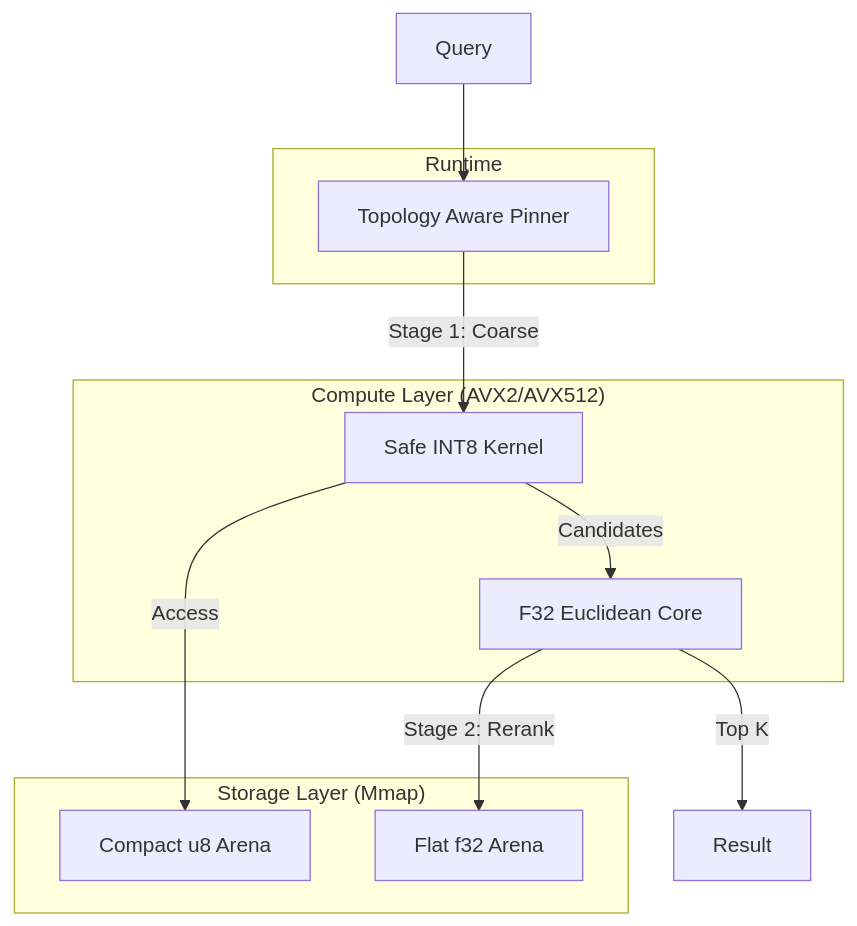
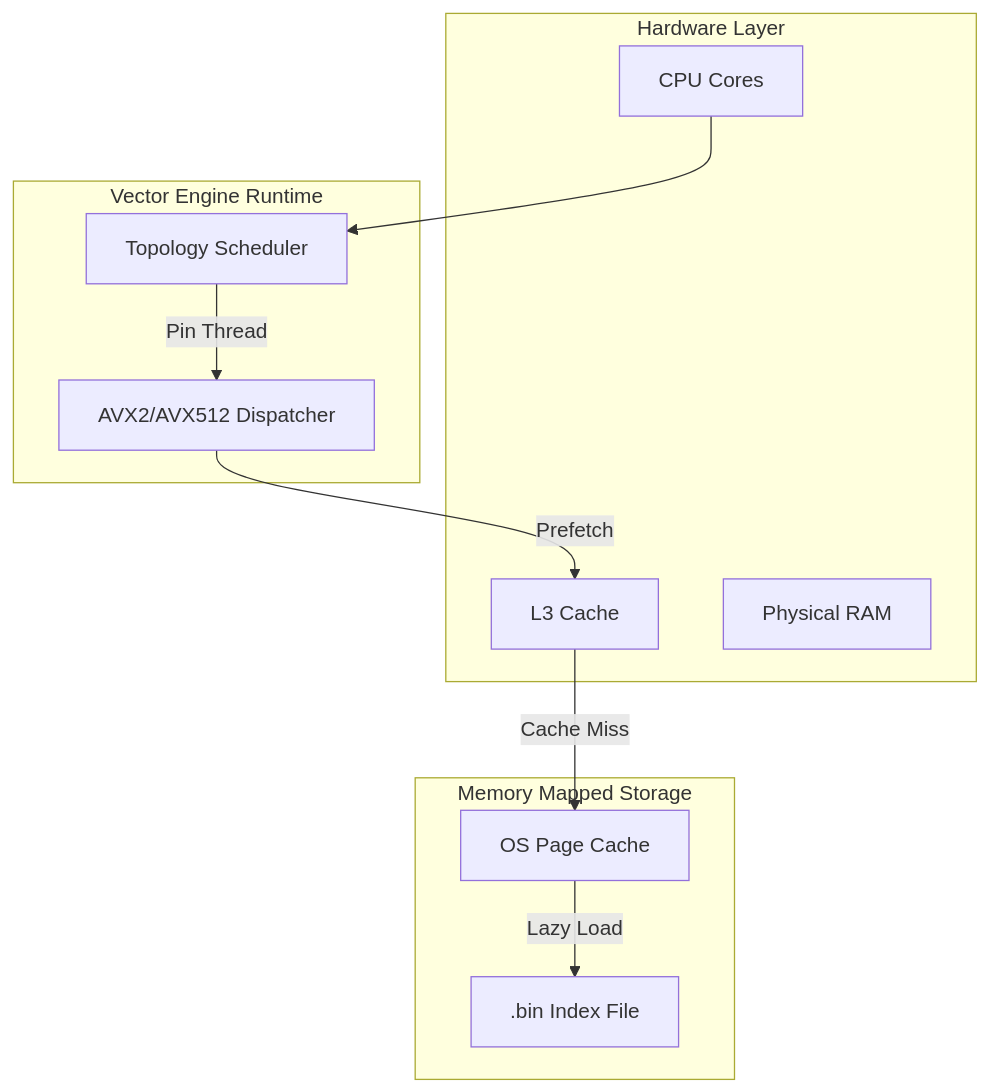
One commit to McMonds/vector-engine changed the diagram in README.md. Above: the diagram before and after it, drawn with Mermaid. The commit also changed other lines of this file, not shown here.

````diff
--- a/README.md
+++ b/README.md
@@ -66,23 +85,24 @@
 ```mermaid
 graph TD
-    subgraph "Compute Layer (AVX2/AVX512)"
-        Quant[Safe INT8 Kernel]
-        Exact[F32 Euclidean Core]
+    subgraph "Hardware Layer"
+        CPU[CPU Cores]
+        L3[L3 Cache]
+        RAM[Physical RAM]
     end
 
-    subgraph "Storage Layer (Mmap)"
-        U8[Compact u8 Arena]
-        F32[Flat f32 Arena]
+    subgraph "Vector Engine Runtime"
+        Topo[Topology Scheduler]
+        Simd[AVX2/AVX512 Dispatcher]
     end
 
-    subgraph "Runtime"
-        NUMA[Topology Aware Pinner]
+    subgraph "Memory Mapped Storage"
+        Page[OS Page Cache]
+        File[.bin Index File]
     end
 
-    Query --> NUMA
-    NUMA -->|Stage 1: Coarse| Quant
-    Quant -->|Access| U8
-    Quant -->|Candidates| Exact
-    Exact -->|Stage 2: Rerank| F32
-    Exact -->|Top K| Result
+    CPU --> Topo
+    Topo -->|Pin Thread| Simd
+    Simd -->|Prefetch| L3
+    L3 -->|Cache Miss| Page
+    Page -->|Lazy Load| File
 ```
````
